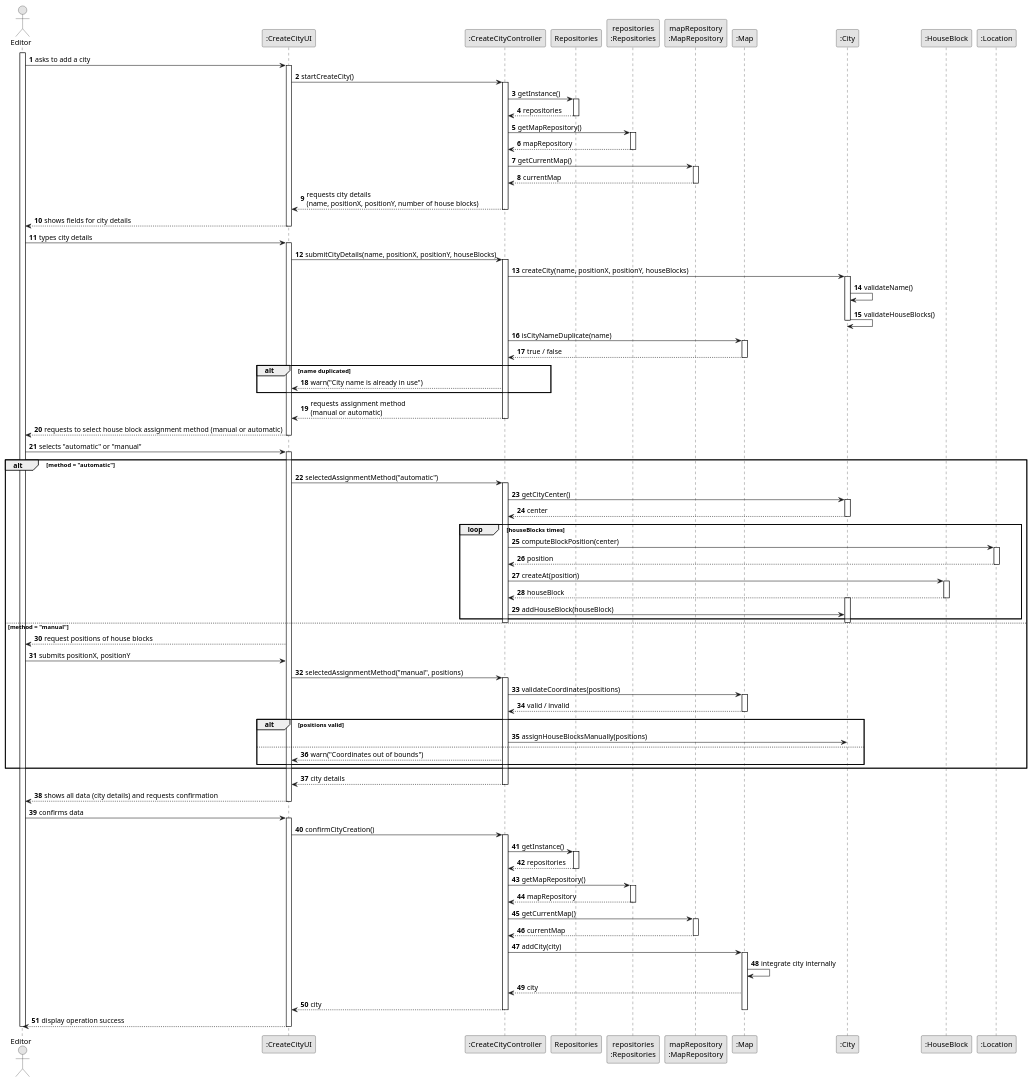
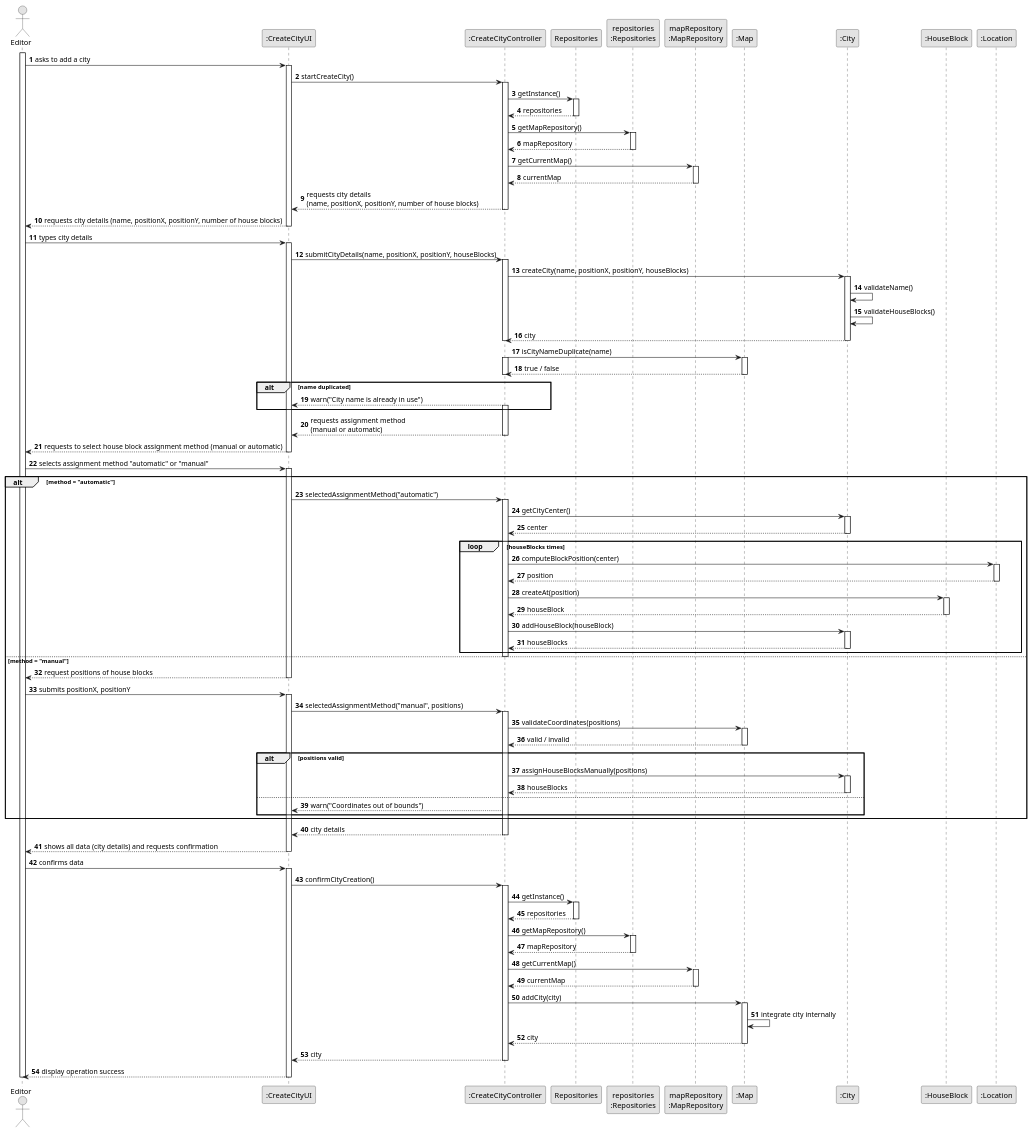
Before and after one commit to 1240826/empire-on-tracks: the diagram in docs/system-documentation/US003/03.design/puml/US003-SD-full.puml, drawn with PlantUML. The commit also changed 16 other files, not shown here.

```diff
--- a/docs/system-documentation/US003/03.design/puml/US003-SD-full.puml
+++ b/docs/system-documentation/US003/03.design/puml/US003-SD-full.puml
@@ -1,156 +1,168 @@
 @startuml
 skinparam monochrome true
 skinparam packageStyle rectangle
 skinparam shadowing false
 
 autonumber
 
 actor "Editor" as Editor
 participant ":CreateCityUI"            as UI
 participant ":CreateCityController"    as Controller
 participant "Repositories"          as REPOS
 participant "repositories\n:Repositories" as REPOS_SINGLETON
 participant "mapRepository\n:MapRepository" as MAP_REPO
 participant ":Map"                  as Map
 participant ":City"                 as City
 participant ":HouseBlock"           as HouseBlock
 participant ":Location"             as Location
 
 activate Editor
 
 Editor -> UI : asks to add a city
 activate UI
 
     UI -> Controller : startCreateCity()
     activate Controller
 
         Controller -> REPOS : getInstance()
         activate REPOS
             REPOS --> Controller : repositories
         deactivate REPOS
 
         Controller -> REPOS_SINGLETON : getMapRepository()
         activate REPOS_SINGLETON
             REPOS_SINGLETON --> Controller : mapRepository
         deactivate REPOS_SINGLETON
 
         Controller -> MAP_REPO : getCurrentMap()
         activate MAP_REPO
             MAP_REPO --> Controller : currentMap
         deactivate MAP_REPO
 
         Controller --> UI : requests city details\n(name, positionX, positionY, number of house blocks)
     deactivate Controller
-UI --> Editor : shows fields for city details
+UI --> Editor : requests city details (name, positionX, positionY, number of house blocks)
 deactivate UI
 Editor -> UI : types city details
 activate UI
 
     UI -> Controller : submitCityDetails(name, positionX, positionY, houseBlocks)
     activate Controller
 
         Controller -> City : createCity(name, positionX, positionY, houseBlocks)
         activate City
             City -> City : validateName()
             City -> City : validateHouseBlocks()
+             City --> Controller : city
         deactivate City
+        deactivate Controller
 
         Controller -> Map : isCityNameDuplicate(name)
+        activate Controller
         activate Map
             Map --> Controller : true / false
         deactivate Map
+        deactivate Controller
 
         alt name duplicated
             Controller --> UI : warn("City name is already in use")
+            activate Controller
         end
             Controller --> UI : requests assignment method\n(manual or automatic)
     deactivate Controller
 
 
 UI --> Editor : requests to select house block assignment method (manual or automatic)
 deactivate UI
-Editor -> UI : selects "automatic" or "manual"
+Editor -> UI : selects assignment method "automatic" or "manual"
 activate UI
 
     alt method = "automatic"
         UI -> Controller : selectedAssignmentMethod("automatic")
         activate Controller
 
             Controller -> City : getCityCenter()
             activate City
                 City --> Controller : center
             deactivate City
 
             loop houseBlocks times
                 Controller -> Location : computeBlockPosition(center)
                 activate Location
                     Location --> Controller : position
                 deactivate Location
 
                 Controller -> HouseBlock : createAt(position)
                 activate HouseBlock
                     HouseBlock --> Controller : houseBlock
                 deactivate HouseBlock
 
+                Controller -> City : addHouseBlock(houseBlock)
                 activate City
-                Controller -> City : addHouseBlock(houseBlock)
+                City --> Controller : houseBlocks
+                deactivate City
             end
             deactivate City
         deactivate Controller
 
     else method = "manual"
         UI --> Editor : request positions of house blocks
+        deactivate UI
         Editor -> UI : submits positionX, positionY
+        activate UI
         UI -> Controller : selectedAssignmentMethod("manual", positions)
         activate Controller
 
             Controller -> Map : validateCoordinates(positions)
             activate Map
                 Map --> Controller : valid / invalid
             deactivate Map
 
             alt positions valid
                 Controller -> City : assignHouseBlocksManually(positions)
+                activate City
+                City --> Controller : houseBlocks
+                deactivate City
             else
                 Controller --> UI : warn("Coordinates out of bounds")
             end
     end
     Controller --> UI: city details
             deactivate Controller
 
     UI --> Editor : shows all data (city details) and requests confirmation
 deactivate UI
 
 Editor -> UI : confirms data
 activate UI
 
     UI -> Controller : confirmCityCreation()
     activate Controller
 
         Controller -> REPOS : getInstance()
         activate REPOS
             REPOS --> Controller : repositories
         deactivate REPOS
 
         Controller -> REPOS_SINGLETON : getMapRepository()
         activate REPOS_SINGLETON
             REPOS_SINGLETON --> Controller : mapRepository
         deactivate REPOS_SINGLETON
 
         Controller -> MAP_REPO : getCurrentMap()
         activate MAP_REPO
             MAP_REPO --> Controller : currentMap
         deactivate MAP_REPO
 
         Controller -> Map : addCity(city)
         activate Map
             Map -> Map : integrate city internally
 Map --> Controller: city
+deactivate Map
 Controller --> UI: city
-       deactivate Map
     deactivate Controller
     UI -->  Editor: display operation success
 deactivate UI
 
 deactivate Editor
 @enduml
```
